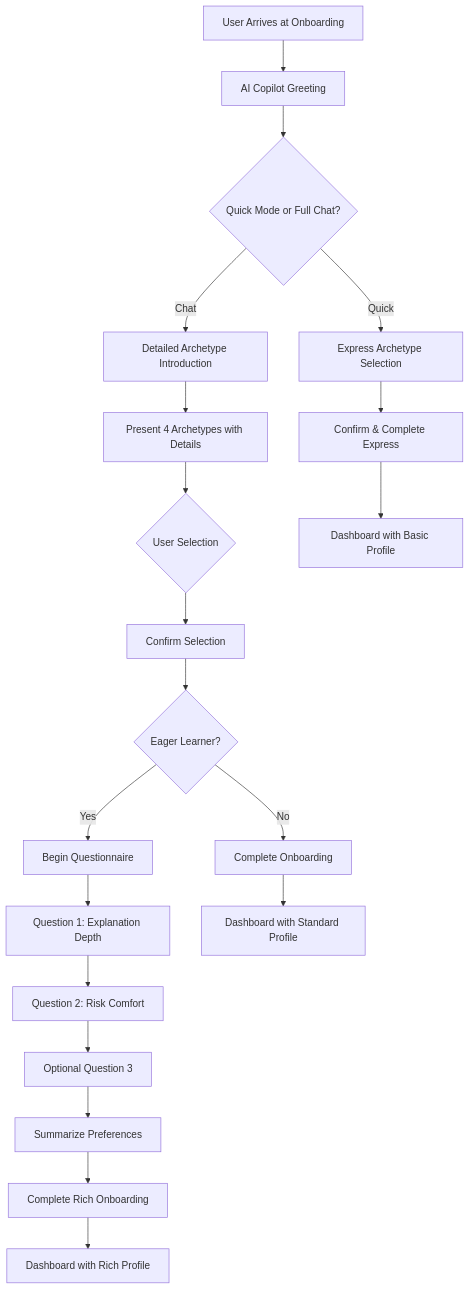
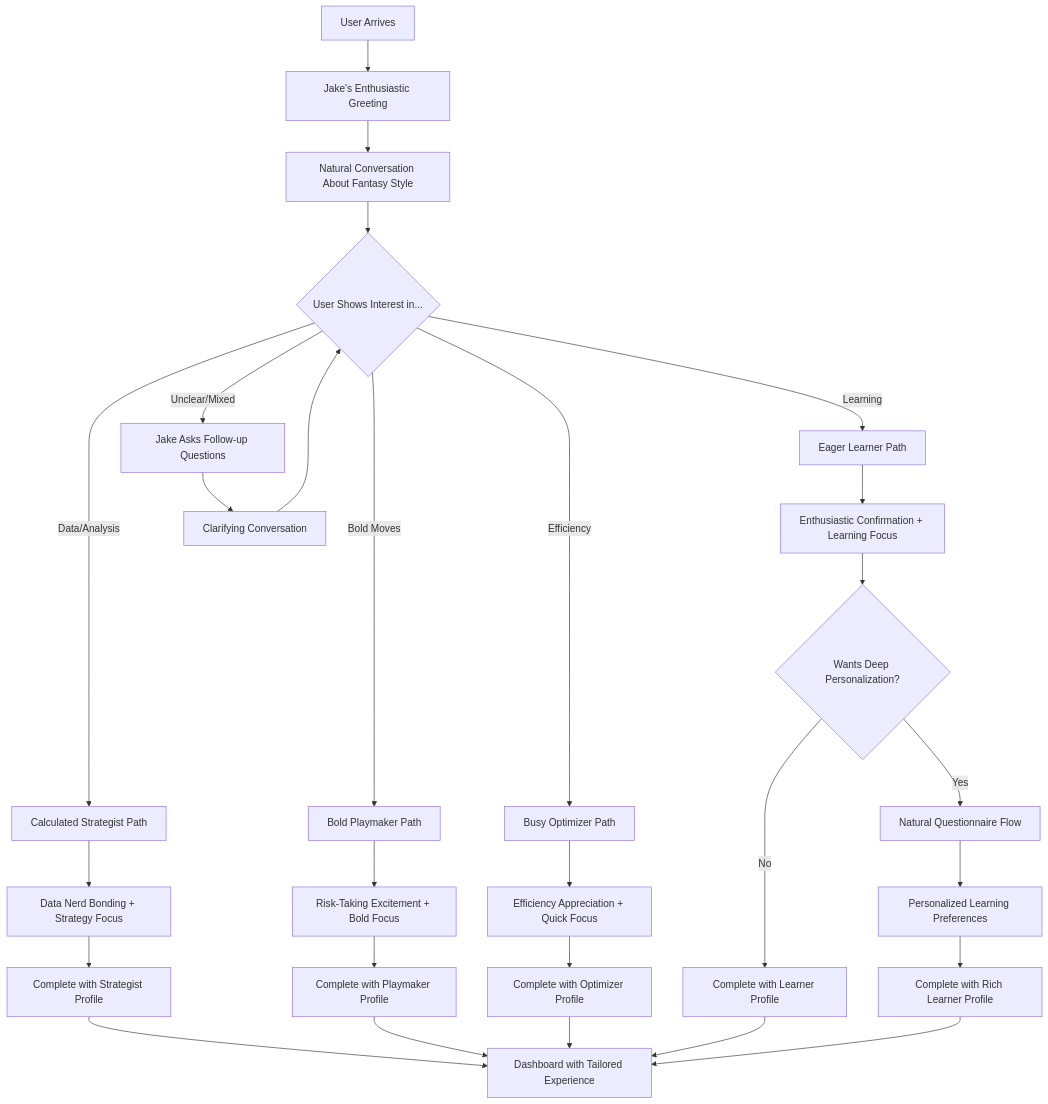
The diagram in docs/Conversational-Onboarding-UX-Spec.md (kevlingo/roster-copilot), drawn with Mermaid before and after one commit. The commit also changed other lines of this file and 17 other files, not shown here.

````diff
--- a/docs/Conversational-Onboarding-UX-Spec.md
+++ b/docs/Conversational-Onboarding-UX-Spec.md
@@ -35,22 +76,35 @@
 ```mermaid
 graph TD
-    A[User Arrives at Onboarding] --> B[AI Copilot Greeting]
-    B --> C{Quick Mode or Full Chat?}
-    C -->|Quick| D[Express Archetype Selection]
-    C -->|Chat| E[Detailed Archetype Introduction]
-    D --> F[Confirm & Complete Express]
-    E --> G[Present 4 Archetypes with Details]
-    G --> H{User Selection}
-    H --> I[Confirm Selection]
-    I --> J{Eager Learner?}
-    J -->|Yes| K[Begin Questionnaire]
-    J -->|No| L[Complete Onboarding]
-    K --> M[Question 1: Explanation Depth]
-    M --> N[Question 2: Risk Comfort]
-    N --> O[Optional Question 3]
-    O --> P[Summarize Preferences]
-    P --> Q[Complete Rich Onboarding]
-    F --> R[Dashboard with Basic Profile]
-    L --> S[Dashboard with Standard Profile]
-    Q --> T[Dashboard with Rich Profile]
+    A[User Arrives] --> B[Jake's Enthusiastic Greeting]
+    B --> C[Natural Conversation About Fantasy Style]
+    C --> D{User Shows Interest in...}
+    D -->|Learning| E[Eager Learner Path]
+    D -->|Data/Analysis| F[Calculated Strategist Path]
+    D -->|Bold Moves| G[Bold Playmaker Path]
+    D -->|Efficiency| H[Busy Optimizer Path]
+    D -->|Unclear/Mixed| I[Jake Asks Follow-up Questions]
+
+    E --> J[Enthusiastic Confirmation + Learning Focus]
+    F --> K[Data Nerd Bonding + Strategy Focus]
+    G --> L[Risk-Taking Excitement + Bold Focus]
+    H --> M[Efficiency Appreciation + Quick Focus]
+    I --> N[Clarifying Conversation]
+    N --> D
+
+    J --> O{Wants Deep Personalization?}
+    K --> P[Complete with Strategist Profile]
+    L --> Q[Complete with Playmaker Profile]
+    M --> R[Complete with Optimizer Profile]
+
+    O -->|Yes| S[Natural Questionnaire Flow]
+    O -->|No| T[Complete with Learner Profile]
+
+    S --> U[Personalized Learning Preferences]
+    U --> V[Complete with Rich Learner Profile]
+
+    P --> W[Dashboard with Tailored Experience]
+    Q --> W
+    R --> W
+    T --> W
+    V --> W
 ```
````
